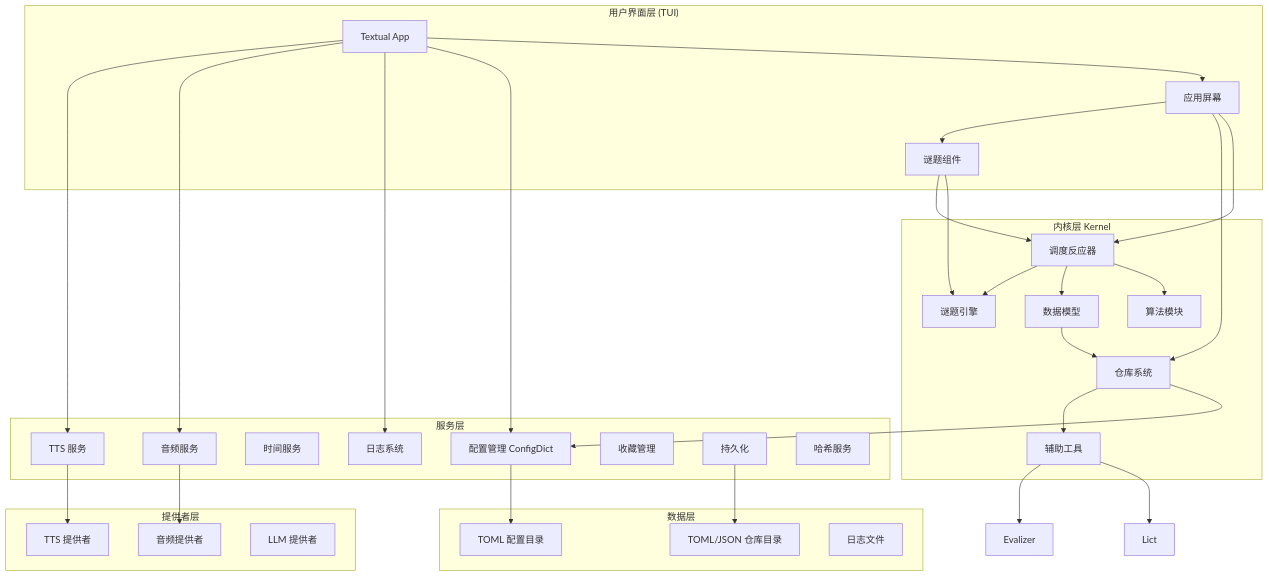
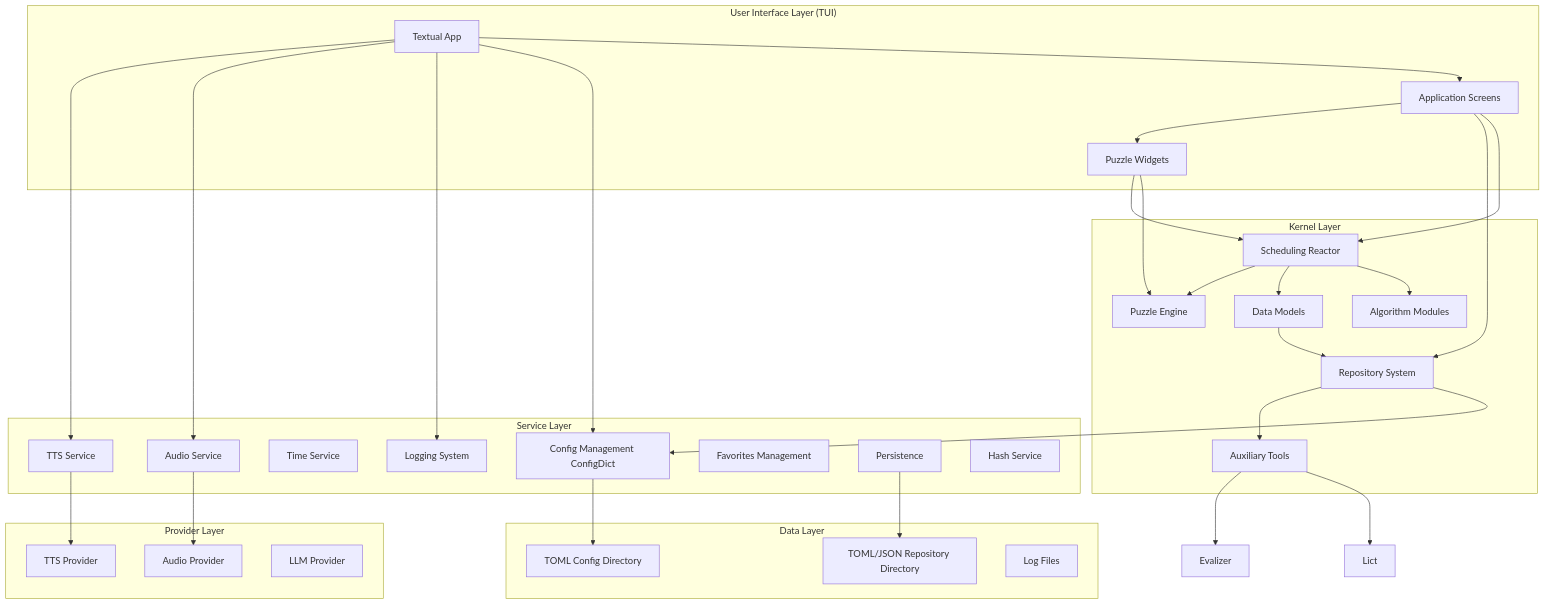
The first of 5 diagrams in ARCHITECTURE.md (pluvium27/HeurAMS), drawn with Mermaid before and after one commit. The commit also changed other lines of this file and 13 other files, not shown here.

````diff
--- a/ARCHITECTURE.md
+++ b/ARCHITECTURE.md
@@ -3,63 +3,63 @@
 ```mermaid
 graph TB
-    subgraph "用户界面层 (TUI)"
+    subgraph "User Interface Layer (TUI)"
         TUI[Textual App]
-        Screens[应用屏幕]
-        Widgets[谜题组件]
+        Screens[Application Screens]
+        Widgets[Puzzle Widgets]
     end
 
-    subgraph "内核层 Kernel"
-        Reactor[调度反应器]
-        Algorithms[算法模块]
-        Particles[数据模型]
-        Puzzles[谜题引擎]
-        RepoLib[仓库系统]
-        Auxiliary[辅助工具]
+    subgraph "Kernel Layer"
+        Reactor[Scheduling Reactor]
+        Algorithms[Algorithm Modules]
+        Particles[Data Models]
+        Puzzles[Puzzle Engine]
+        RepoLib[Repository System]
+        Auxiliary[Auxiliary Tools]
     end
 
-    subgraph "服务层"
-        Config[配置管理 ConfigDict]
-        Logger[日志系统]
-        Timer[时间服务]
-        Audio[音频服务]
-        TTS[TTS 服务]
-        Favorites[收藏管理]
-        Attic[持久化]
-        Hasher[哈希服务]
+    subgraph "Service Layer"
+        Config[Config Management ConfigDict]
+        Logger[Logging System]
+        Timer[Time Service]
+        Audio[Audio Service]
+        TTS[TTS Service]
+        Favorites[Favorites Management]
+        Attic[Persistence]
+        Hasher[Hash Service]
     end
 
-    subgraph "提供者层"
-        AudioProv[音频提供者]
-        TTSProv[TTS 提供者]
-        LLMProv[LLM 提供者]
+    subgraph "Provider Layer"
+        AudioProv[Audio Provider]
+        TTSProv[TTS Provider]
+        LLMProv[LLM Provider]
     end
 
-    subgraph "数据层"
-        RepoDir[TOML/JSON 仓库目录]
-        ConfigDir[TOML 配置目录]
-        Logs[日志文件]
+    subgraph "Data Layer"
+        RepoDir[TOML/JSON Repository Directory]
+        ConfigDir[TOML Config Directory]
+        Logs[Log Files]
     end
 
     TUI --> Screens
     Screens --> Reactor
     Screens --> RepoLib
     Screens --> Widgets
     Widgets --> Puzzles
     Widgets --> Reactor
     Reactor --> Algorithms
     Reactor --> Particles
     Reactor --> Puzzles
     Particles --> RepoLib
     RepoLib --> Config
     RepoLib --> Auxiliary
     Auxiliary --> Lict
     Auxiliary --> Evalizer
     TUI --> Config
     TUI --> Logger
     TUI --> Audio
     TUI --> TTS
     Config --> ConfigDir
     Audio --> AudioProv
     TTS --> TTSProv
     Attic --> RepoDir
 ```
````
